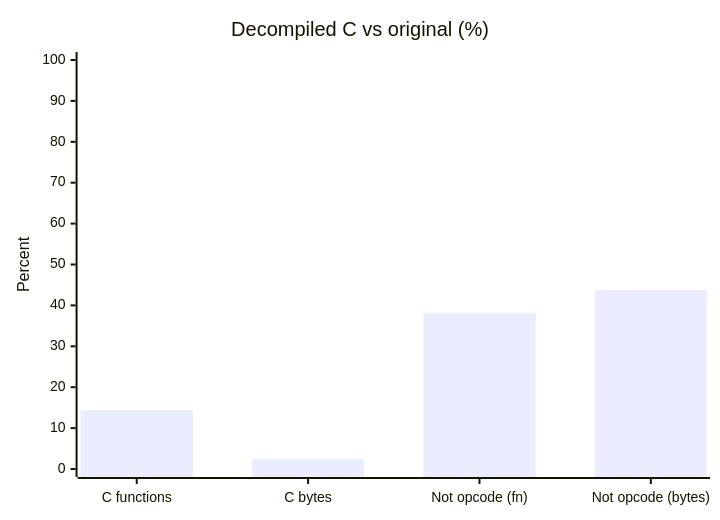
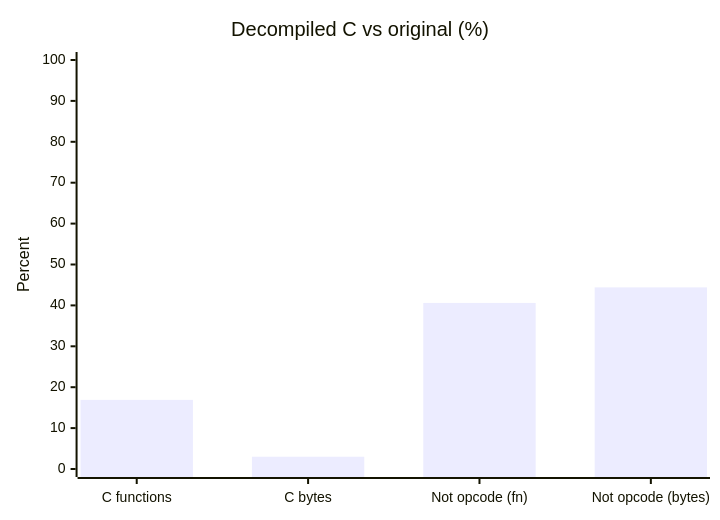
One commit to JesterWizard/beyblade_g_revolution changed the diagram in README.md. Above: the diagram before and after it, drawn with Mermaid. The commit also changed other lines of this file and 25 other files, not shown here.

````diff
--- a/README.md
+++ b/README.md
@@ -19,7 +19,7 @@
 ```mermaid
 xychart-beta
     title "Decompiled C vs original (%)"
     x-axis ["C functions", "C bytes", "Not opcode (fn)", "Not opcode (bytes)"]
     y-axis "Percent" 0 --> 100
-    bar [14.4, 2.4, 38.1, 43.8]
+    bar [16.9, 3.0, 40.6, 44.4]
 ```
````
